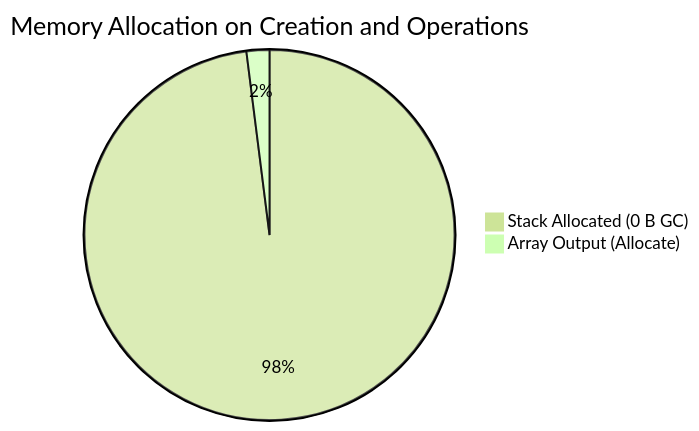
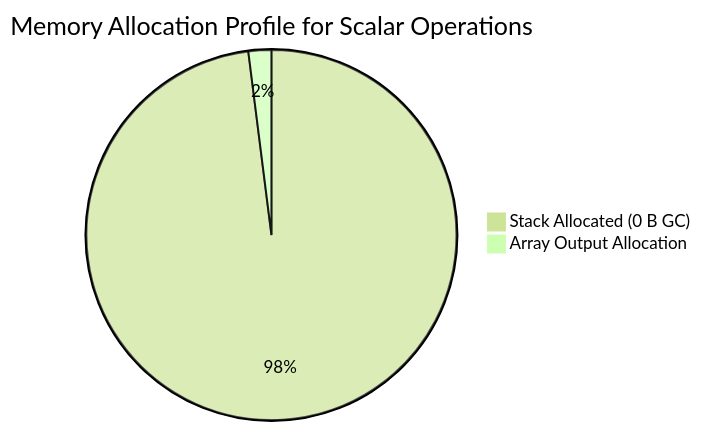
Before and after one commit to ericksonlopezf/dotnet-value-objects: the first of 3 diagrams in README.md, drawn with Mermaid (forest theme). The commit also changed other lines of this file and 258 other files, not shown here.

````diff
--- a/README.md
+++ b/README.md
@@ -618,5 +648,5 @@
 ```mermaid
-pie title Memory Allocation on Creation and Operations
+pie title Memory Allocation Profile for Scalar Operations
     "Stack Allocated (0 B GC)" : 98
-    "Array Output (Allocate)" : 2
+    "Array Output Allocation" : 2
 ```
````
